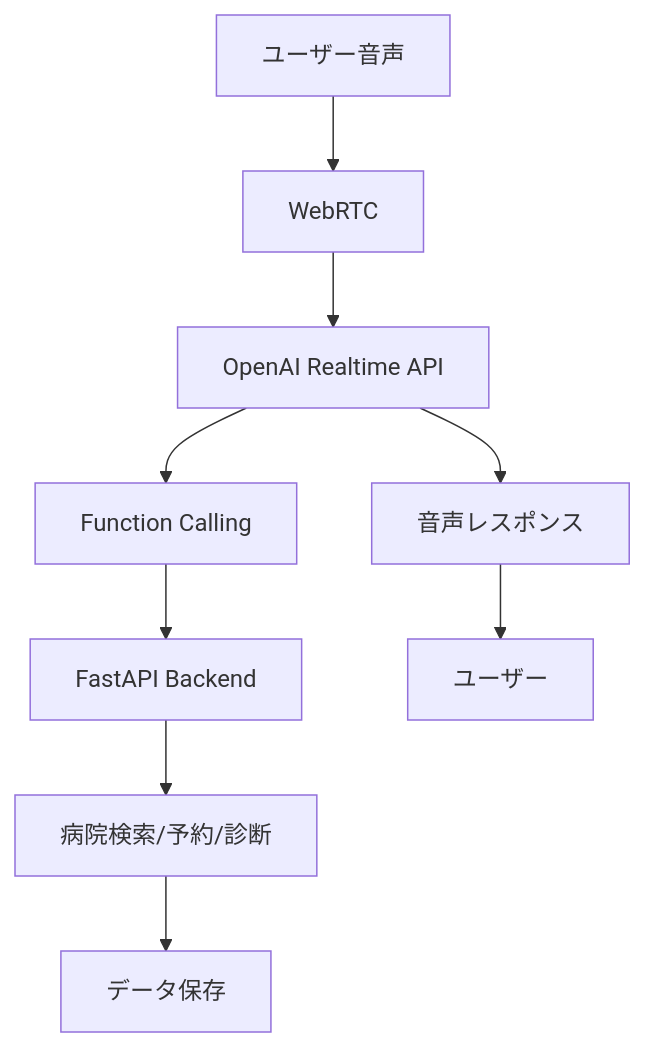
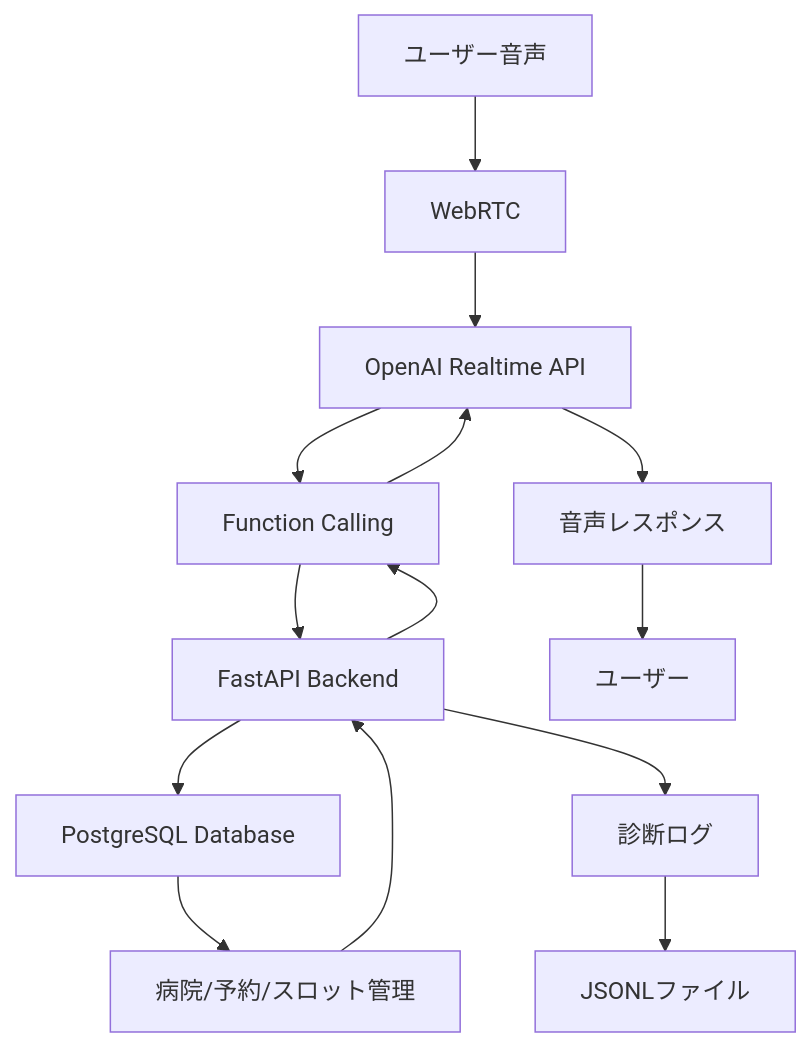
One commit to yutoAb/realtime-voice-agents changed the diagram in README.md. Above: the diagram before and after it, drawn with Mermaid. The commit also changed other lines of this file and 8 other files, not shown here.

````diff
--- a/README.md
+++ b/README.md
@@ -146,11 +202,17 @@
 ```mermaid
 graph TD
     A[ユーザー音声] --> B[WebRTC]
     B --> C[OpenAI Realtime API]
     C --> D[Function Calling]
     D --> E[FastAPI Backend]
-    E --> F[病院検索/予約/診断]
-    F --> G[データ保存]
+    E --> F[PostgreSQL Database]
+    F --> G[病院/予約/スロット管理]
+    G --> E
+    E --> D
+    D --> C
     C --> H[音声レスポンス]
     H --> I[ユーザー]
+    
+    E --> J[診断ログ]
+    J --> K[JSONLファイル]
 ```
````
